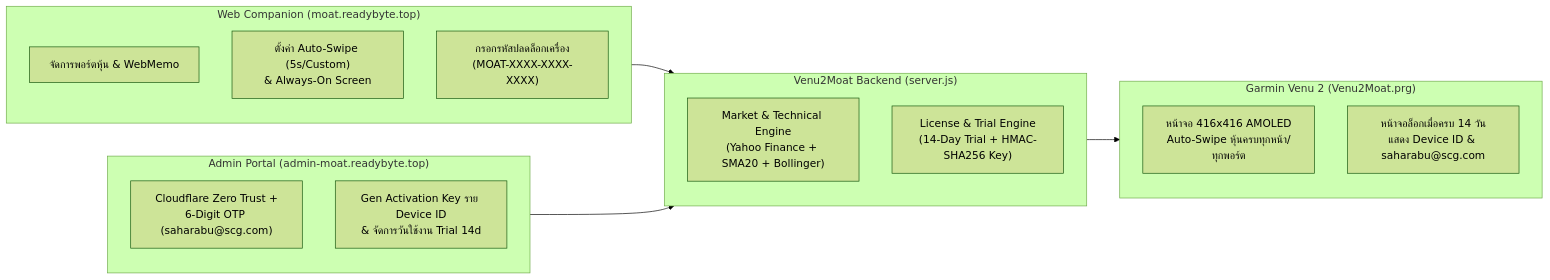
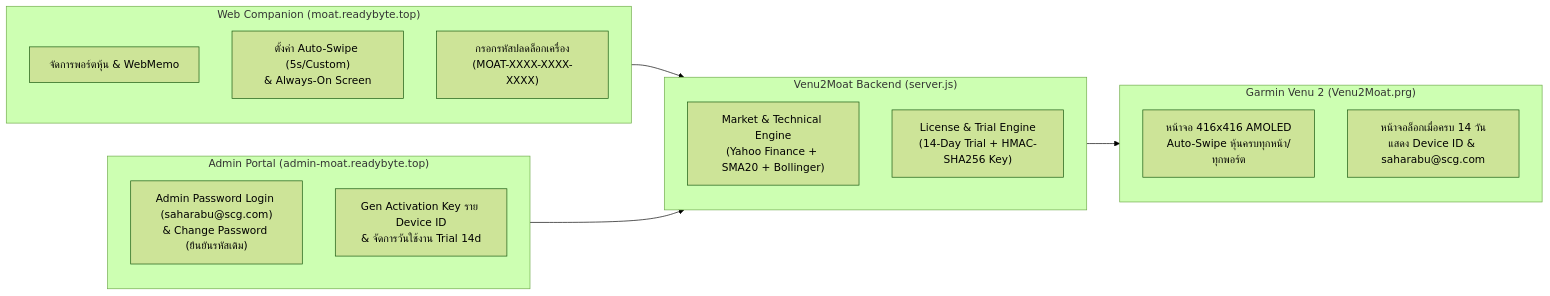
One commit to e24qdy2/garmin-venu2-moat changed the diagram in README.md. Above: the diagram before and after it, drawn with Mermaid (forest theme). The commit also changed other lines of this file and 10 other files, not shown here.

Commit message:
feat(admin): replace OTP login with Admin Password login and add Change Password with current password verification

````diff
--- a/README.md
+++ b/README.md
@@ -44,27 +44,27 @@
 ```mermaid
 flowchart LR
     subgraph UserWeb["Web Companion (moat.readybyte.top)"]
         W1["จัดการพอร์ตหุ้น & WebMemo"]
         W2["ตั้งค่า Auto-Swipe (5s/Custom)<br/>& Always-On Screen"]
         W3["กรอกรหัสปลดล็อกเครื่อง<br/>(MOAT-XXXX-XXXX-XXXX)"]
     end
 
     subgraph AdminWeb["Admin Portal (admin-moat.readybyte.top)"]
-        A1["Cloudflare Zero Trust +<br/>6-Digit OTP (saharabu@scg.com)"]
+        A1["Admin Password Login (saharabu@scg.com)<br/>& Change Password (ยืนยันรหัสเดิม)"]
         A2["Gen Activation Key ราย Device ID<br/>& จัดการวันใช้งาน Trial 14d"]
     end
 
     subgraph CoreAPI["Venu2Moat Backend (server.js)"]
         S1["Market & Technical Engine<br/>(Yahoo Finance + SMA20 + Bollinger)"]
         S2["License & Trial Engine<br/>(14-Day Trial + HMAC-SHA256 Key)"]
     end
 
     subgraph Watch["Garmin Venu 2 (Venu2Moat.prg)"]
         G1["หน้าจอ 416x416 AMOLED<br/>Auto-Swipe หุ้นครบทุกหน้า/ทุกพอร์ต"]
         G2["หน้าจอล็อกเมื่อครบ 14 วัน<br/>แสดง Device ID & saharabu@scg.com"]
     end
 
     UserWeb --> CoreAPI
     AdminWeb --> CoreAPI
     CoreAPI --> Watch
 ```
````
